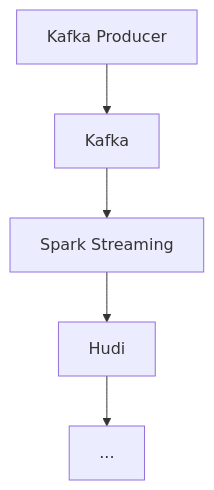
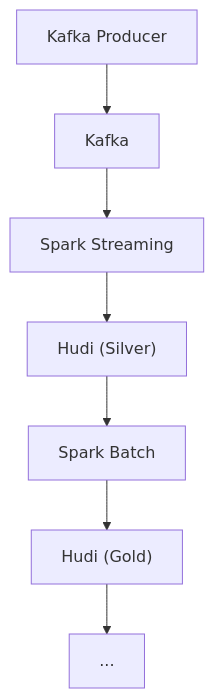
The third of 7 diagrams in README.md (rafaelspecta/user-behavior-analytics), drawn with Mermaid before and after one commit. The commit also changed other lines of this file and 2 other files, not shown here.

First line of the commit message:
docs: rewrite README for Docker demo and add roadmap

````diff
--- a/README.md
+++ b/README.md
@@ -38,7 +38,9 @@
 ```mermaid
 graph TD
     A[Kafka Producer] --> B[Kafka]
     B --> C[Spark Streaming]
-    C --> D[Hudi]
-    D --> E[...]
+    C --> D["Hudi (Silver)"]
+    D --> E[Spark Batch]
+    E --> F["Hudi (Gold)"]
+    F --> G[...]
 ```
````
